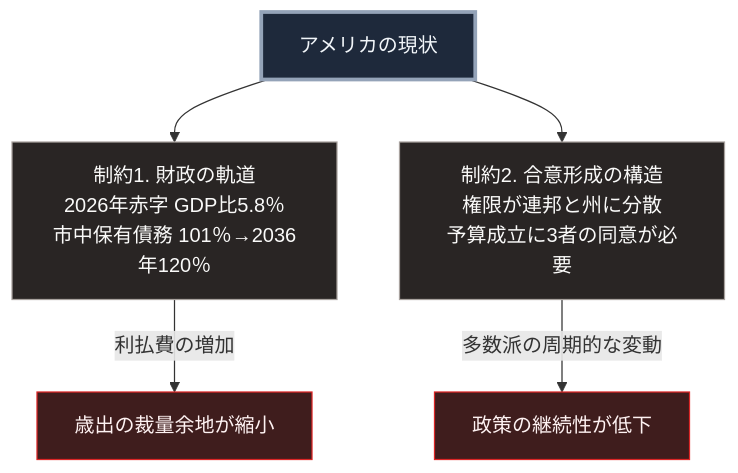
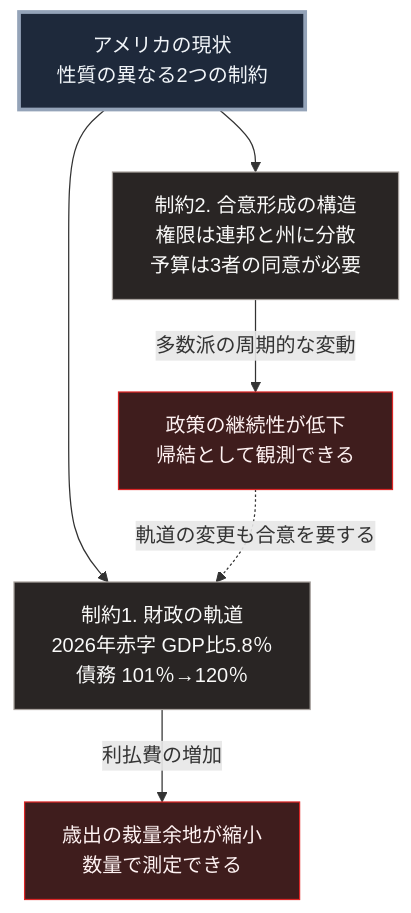
One commit to Takenori-Kusaka/zenn-content changed the diagram in books/sovereign-resilience-blueprint/usa-current-state.md. Above: the diagram before and after it, drawn with Mermaid. The commit also changed other lines of this file and 114 other files, not shown here.

````diff
--- a/books/sovereign-resilience-blueprint/usa-current-state.md
+++ b/books/sovereign-resilience-blueprint/usa-current-state.md
@@ -65,16 +65,15 @@
 ```mermaid
 flowchart TD
-    U[アメリカの現状]
-
-    U --> F[制約1. 財政の軌道<br>2026年赤字 GDP比5.8％<br>市中保有債務 101％→2036年120％]
-    U --> P[制約2. 合意形成の構造<br>権限が連邦と州に分散<br>予算成立に3者の同意が必要]
-
-    F -->|利払費の増加| F2[歳出の裁量余地が縮小]
-    P -->|多数派の周期的な変動| P2[政策の継続性が低下]
+    U[アメリカの現状<br>性質の異なる2つの制約]
+    U --> F[制約1. 財政の軌道<br>2026年赤字 GDP比5.8％<br>債務 101％→120％]
+    U --> P[制約2. 合意形成の構造<br>権限は連邦と州に分散<br>予算は3者の同意が必要]
+    F -->|利払費の増加| F2[歳出の裁量余地が縮小<br>数量で測定できる]
+    P -->|多数派の周期的な変動| P2[政策の継続性が低下<br>帰結として観測できる]
+    P2 -.->|軌道の変更も合意を要する| F
 
     style U fill:#1e293b,stroke:#94a3b8,stroke-width:3px,color:#f1f5f9
     style F fill:#292524,stroke:#a8a29e,color:#fafaf9
     style P fill:#292524,stroke:#a8a29e,color:#fafaf9
     style F2 fill:#3f1d1d,stroke:#dc2626,color:#fef2f2
     style P2 fill:#3f1d1d,stroke:#dc2626,color:#fef2f2
 ```
````
